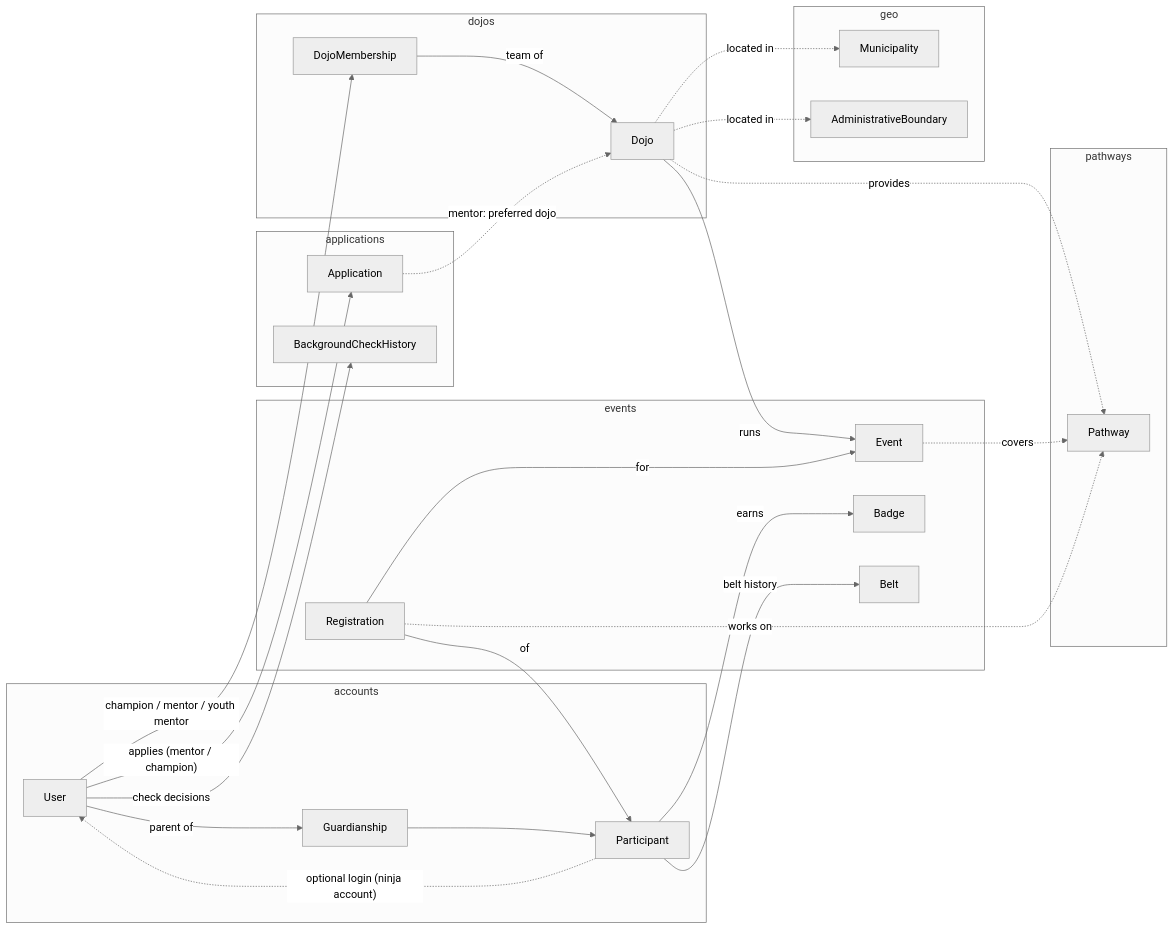
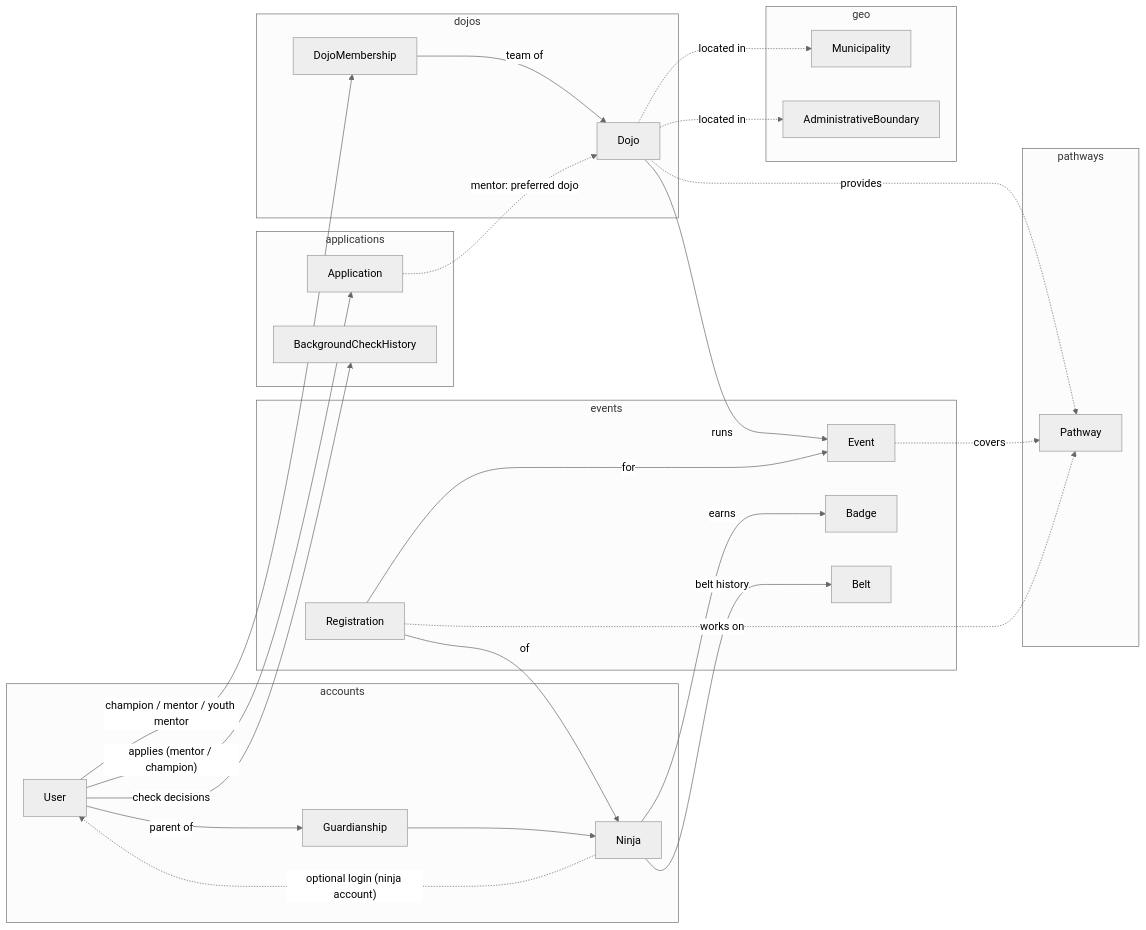
One commit to DoublG/coderdojo-event-registration changed the first of 20 diagrams in DATA_MODEL.md. Above: the diagram before and after it, drawn with Mermaid (neutral theme). The commit also changed other lines of this file and 24 other files, not shown here.

````diff
--- a/DATA_MODEL.md
+++ b/DATA_MODEL.md
@@ -41,47 +41,47 @@
 ```mermaid
 flowchart LR
     subgraph accounts
         User
         Guardianship
-        Participant
+        Ninja
     end
     subgraph dojos
         Dojo
         DojoMembership
     end
     subgraph events
         Event
         Registration
         Badge
         Belt
     end
     subgraph applications
         Application
         BackgroundCheckHistory
     end
     subgraph pathways
         Pathway
     end
     subgraph geo
         Municipality
         AdministrativeBoundary
     end
 
     User -- "champion / mentor / youth mentor" --> DojoMembership
     DojoMembership -- "team of" --> Dojo
     User -- "parent of" --> Guardianship
-    Guardianship --> Participant
-    Participant -. "optional login (ninja account)" .-> User
+    Guardianship --> Ninja
+    Ninja -. "optional login (ninja account)" .-> User
     Dojo -- runs --> Event
     Registration -- for --> Event
-    Registration -- of --> Participant
+    Registration -- of --> Ninja
     Dojo -. "provides" .-> Pathway
     Event -. "covers" .-> Pathway
     Registration -. "works on" .-> Pathway
-    Participant -- earns --> Badge
-    Participant -- "belt history" --> Belt
+    Ninja -- earns --> Badge
+    Ninja -- "belt history" --> Belt
     User -- "applies (mentor / champion)" --> Application
     User -- "check decisions" --> BackgroundCheckHistory
     Application -. "mentor: preferred dojo" .-> Dojo
     Dojo -. located in .-> Municipality & AdministrativeBoundary
 ```
````
